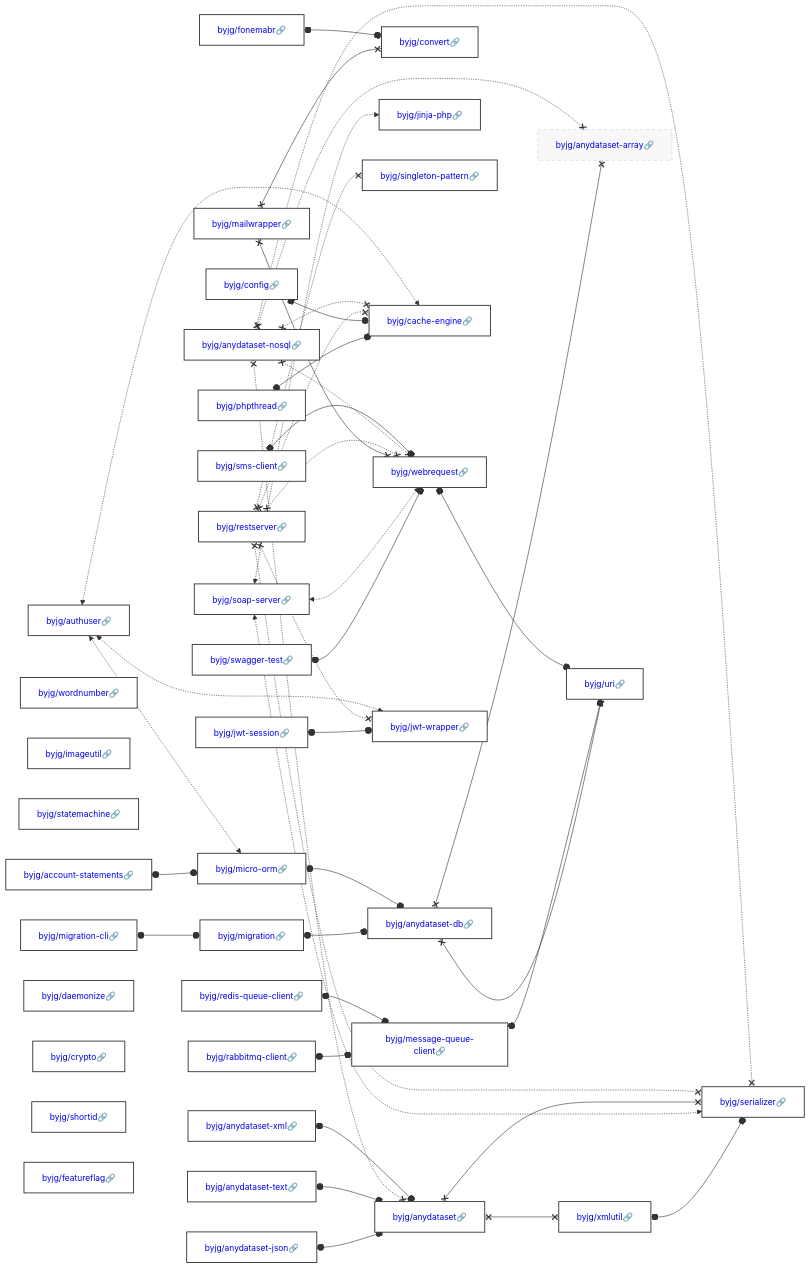
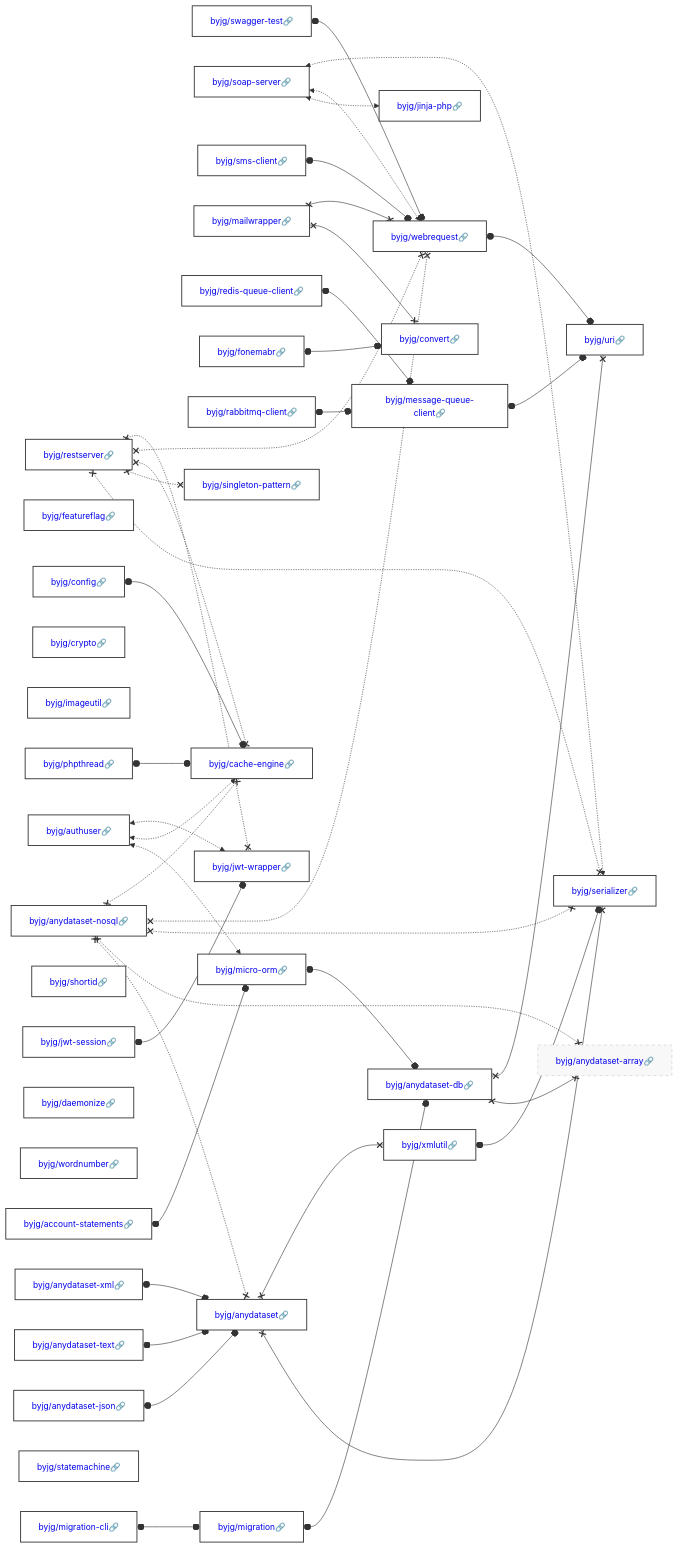
The diagram in docs/php/README.md (byjg/byjg.github.io), drawn with Mermaid before and after one commit. The commit also changed other lines of this file and 1 other file, not shown here.

Commit message:
Update documentation 'php' 'php-jinja'

````diff
--- a/docs/php/README.md
+++ b/docs/php/README.md
@@ -3,45 +3,45 @@
 ```mermaid
 graph LR;
+  byjg/swagger-test[<a href='https://opensource.byjg.com/docs/php/swagger-test' style='text-decoration:none'>byjg/swagger-test🔗</a>];
+  byjg/restserver[<a href='https://opensource.byjg.com/docs/php/restserver' style='text-decoration:none'>byjg/restserver🔗</a>];
+  byjg/featureflag[<a href='https://opensource.byjg.com/docs/php/featureflag' style='text-decoration:none'>byjg/featureflag🔗</a>];
+  byjg/soap-server[<a href='https://opensource.byjg.com/docs/php/soap-server' style='text-decoration:none'>byjg/soap-server🔗</a>];
   byjg/account-statements[<a href='https://opensource.byjg.com/docs/php/account-statements' style='text-decoration:none'>byjg/account-statements🔗</a>];
+  byjg/sms-client[<a href='https://opensource.byjg.com/docs/php/sms-client' style='text-decoration:none'>byjg/sms-client🔗</a>];
+  byjg/crypto[<a href='https://opensource.byjg.com/docs/php/crypto' style='text-decoration:none'>byjg/crypto🔗</a>];
+  byjg/imageutil[<a href='https://opensource.byjg.com/docs/php/imageutil' style='text-decoration:none'>byjg/imageutil🔗</a>];
   byjg/mailwrapper[<a href='https://opensource.byjg.com/docs/php/mailwrapper' style='text-decoration:none'>byjg/mailwrapper🔗</a>];
+  byjg/phpthread[<a href='https://opensource.byjg.com/docs/php/phpthread' style='text-decoration:none'>byjg/phpthread🔗</a>];
   byjg/redis-queue-client[<a href='https://opensource.byjg.com/docs/php/redis-queue-client' style='text-decoration:none'>byjg/redis-queue-client🔗</a>];
+  byjg/migration-cli[<a href='https://opensource.byjg.com/docs/php/migration-cli' style='text-decoration:none'>byjg/migration-cli🔗</a>];
+  byjg/anydataset-json[<a href='https://opensource.byjg.com/docs/php/anydataset-json' style='text-decoration:none'>byjg/anydataset-json🔗</a>];
+  byjg/fonemabr[<a href='https://opensource.byjg.com/docs/php/fonemabr' style='text-decoration:none'>byjg/fonemabr🔗</a>];
+  byjg/shortid[<a href='https://opensource.byjg.com/docs/php/shortid' style='text-decoration:none'>byjg/shortid🔗</a>];
+  byjg/anydataset-text[<a href='https://opensource.byjg.com/docs/php/anydataset-text' style='text-decoration:none'>byjg/anydataset-text🔗</a>];
+  byjg/daemonize[<a href='https://opensource.byjg.com/docs/php/daemonize' style='text-decoration:none'>byjg/daemonize🔗</a>];
+  byjg/rabbitmq-client[<a href='https://opensource.byjg.com/docs/php/rabbitmq-client' style='text-decoration:none'>byjg/rabbitmq-client🔗</a>];
+  byjg/wordnumber[<a href='https://opensource.byjg.com/docs/php/wordnumber' style='text-decoration:none'>byjg/wordnumber🔗</a>];
   byjg/config[<a href='https://opensource.byjg.com/docs/php/config' style='text-decoration:none'>byjg/config🔗</a>];
-  byjg/sms-client[<a href='https://opensource.byjg.com/docs/php/sms-client' style='text-decoration:none'>byjg/sms-client🔗</a>];
   byjg/jwt-session[<a href='https://opensource.byjg.com/docs/php/jwt-session' style='text-decoration:none'>byjg/jwt-session🔗</a>];
-  byjg/wordnumber[<a href='https://opensource.byjg.com/docs/php/wordnumber' style='text-decoration:none'>byjg/wordnumber🔗</a>];
-  byjg/rabbitmq-client[<a href='https://opensource.byjg.com/docs/php/rabbitmq-client' style='text-decoration:none'>byjg/rabbitmq-client🔗</a>];
-  byjg/phpthread[<a href='https://opensource.byjg.com/docs/php/phpthread' style='text-decoration:none'>byjg/phpthread🔗</a>];
-  byjg/imageutil[<a href='https://opensource.byjg.com/docs/php/imageutil' style='text-decoration:none'>byjg/imageutil🔗</a>];
+  byjg/anydataset-xml[<a href='https://opensource.byjg.com/docs/php/anydataset-xml' style='text-decoration:none'>byjg/anydataset-xml🔗</a>];
+  byjg/anydataset-nosql[<a href='https://opensource.byjg.com/docs/php/anydataset-nosql' style='text-decoration:none'>byjg/anydataset-nosql🔗</a>];
   byjg/statemachine[<a href='https://opensource.byjg.com/docs/php/statemachine' style='text-decoration:none'>byjg/statemachine🔗</a>];
-  byjg/anydataset-json[<a href='https://opensource.byjg.com/docs/php/anydataset-json' style='text-decoration:none'>byjg/anydataset-json🔗</a>];
-  byjg/migration-cli[<a href='https://opensource.byjg.com/docs/php/migration-cli' style='text-decoration:none'>byjg/migration-cli🔗</a>];
   byjg/authuser[<a href='https://opensource.byjg.com/docs/php/authuser' style='text-decoration:none'>byjg/authuser🔗</a>];
-  byjg/daemonize[<a href='https://opensource.byjg.com/docs/php/daemonize' style='text-decoration:none'>byjg/daemonize🔗</a>];
-  byjg/crypto[<a href='https://opensource.byjg.com/docs/php/crypto' style='text-decoration:none'>byjg/crypto🔗</a>];
-  byjg/shortid[<a href='https://opensource.byjg.com/docs/php/shortid' style='text-decoration:none'>byjg/shortid🔗</a>];
-  byjg/featureflag[<a href='https://opensource.byjg.com/docs/php/featureflag' style='text-decoration:none'>byjg/featureflag🔗</a>];
-  byjg/swagger-test[<a href='https://opensource.byjg.com/docs/php/swagger-test' style='text-decoration:none'>byjg/swagger-test🔗</a>];
-  byjg/fonemabr[<a href='https://opensource.byjg.com/docs/php/fonemabr' style='text-decoration:none'>byjg/fonemabr🔗</a>];
-  byjg/anydataset-nosql[<a href='https://opensource.byjg.com/docs/php/anydataset-nosql' style='text-decoration:none'>byjg/anydataset-nosql🔗</a>];
-  byjg/anydataset-xml[<a href='https://opensource.byjg.com/docs/php/anydataset-xml' style='text-decoration:none'>byjg/anydataset-xml🔗</a>];
-  byjg/anydataset-text[<a href='https://opensource.byjg.com/docs/php/anydataset-text' style='text-decoration:none'>byjg/anydataset-text🔗</a>];
-  byjg/soap-server[<a href='https://opensource.byjg.com/docs/php/soap-server' style='text-decoration:none'>byjg/soap-server🔗</a>];
-  byjg/restserver[<a href='https://opensource.byjg.com/docs/php/restserver' style='text-decoration:none'>byjg/restserver🔗</a>];
+  byjg/singleton-pattern[<a href='https://opensource.byjg.com/docs/php/singleton-pattern' style='text-decoration:none'>byjg/singleton-pattern🔗</a>];
+  byjg/jinja-php[<a href='https://opensource.byjg.com/docs/php/jinja-php' style='text-decoration:none'>byjg/jinja-php🔗</a>];
+  byjg/migration[<a href='https://opensource.byjg.com/docs/php/migration' style='text-decoration:none'>byjg/migration🔗</a>];
+  byjg/convert[<a href='https://opensource.byjg.com/docs/php/convert' style='text-decoration:none'>byjg/convert🔗</a>];
   byjg/message-queue-client[<a href='https://opensource.byjg.com/docs/php/message-queue-client' style='text-decoration:none'>byjg/message-queue-client🔗</a>];
-  byjg/migration[<a href='https://opensource.byjg.com/docs/php/migration' style='text-decoration:none'>byjg/migration🔗</a>];
+  byjg/anydataset[<a href='https://opensource.byjg.com/docs/php/anydataset' style='text-decoration:none'>byjg/anydataset🔗</a>];
+  byjg/webrequest[<a href='https://opensource.byjg.com/docs/php/webrequest' style='text-decoration:none'>byjg/webrequest🔗</a>];
   byjg/micro-orm[<a href='https://opensource.byjg.com/docs/php/micro-orm' style='text-decoration:none'>byjg/micro-orm🔗</a>];
-  byjg/convert[<a href='https://opensource.byjg.com/docs/php/convert' style='text-decoration:none'>byjg/convert🔗</a>];
-  byjg/anydataset[<a href='https://opensource.byjg.com/docs/php/anydataset' style='text-decoration:none'>byjg/anydataset🔗</a>];
-  byjg/jinja-php[<a href='https://opensource.byjg.com/docs/php/jinja-php' style='text-decoration:none'>byjg/jinja-php🔗</a>];
-  byjg/singleton-pattern[<a href='https://opensource.byjg.com/docs/php/singleton-pattern' style='text-decoration:none'>byjg/singleton-pattern🔗</a>];
   byjg/cache-engine[<a href='https://opensource.byjg.com/docs/php/cache-engine' style='text-decoration:none'>byjg/cache-engine🔗</a>];
-  byjg/webrequest[<a href='https://opensource.byjg.com/docs/php/webrequest' style='text-decoration:none'>byjg/webrequest🔗</a>];
   byjg/jwt-wrapper[<a href='https://opensource.byjg.com/docs/php/jwt-wrapper' style='text-decoration:none'>byjg/jwt-wrapper🔗</a>];
+  byjg/xmlutil[<a href='https://opensource.byjg.com/docs/php/xmlutil' style='text-decoration:none'>byjg/xmlutil🔗</a>];
   byjg/anydataset-db[<a href='https://opensource.byjg.com/docs/php/anydataset-db' style='text-decoration:none'>byjg/anydataset-db🔗</a>];
-  byjg/xmlutil[<a href='https://opensource.byjg.com/docs/php/xmlutil' style='text-decoration:none'>byjg/xmlutil🔗</a>];
+  byjg/serializer[<a href='https://opensource.byjg.com/docs/php/serializer' style='text-decoration:none'>byjg/serializer🔗</a>];
   byjg/anydataset-array[<a href='https://opensource.byjg.com/docs/php/anydataset-array' style='text-decoration:none'>byjg/anydataset-array🔗</a>];
   byjg/uri[<a href='https://opensource.byjg.com/docs/php/uri' style='text-decoration:none'>byjg/uri🔗</a>];
-  byjg/serializer[<a href='https://opensource.byjg.com/docs/php/serializer' style='text-decoration:none'>byjg/serializer🔗</a>];
   byjg/xmlutil o--o byjg/serializer;
   byjg/rabbitmq-client o--o byjg/message-queue-client;
   byjg/migration o--o byjg/anydataset-db;
````
